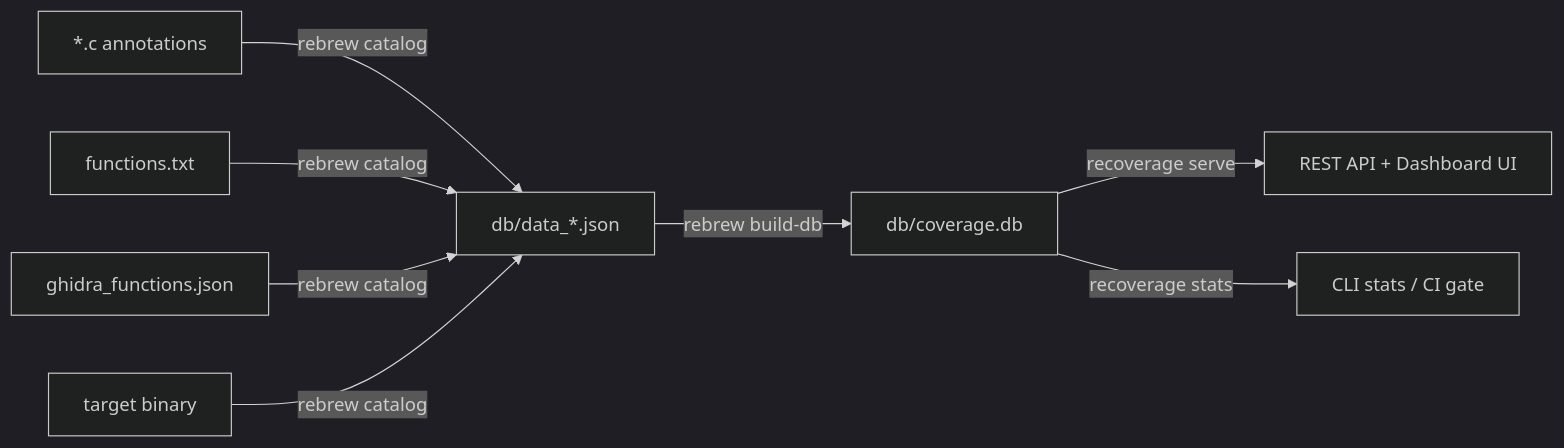
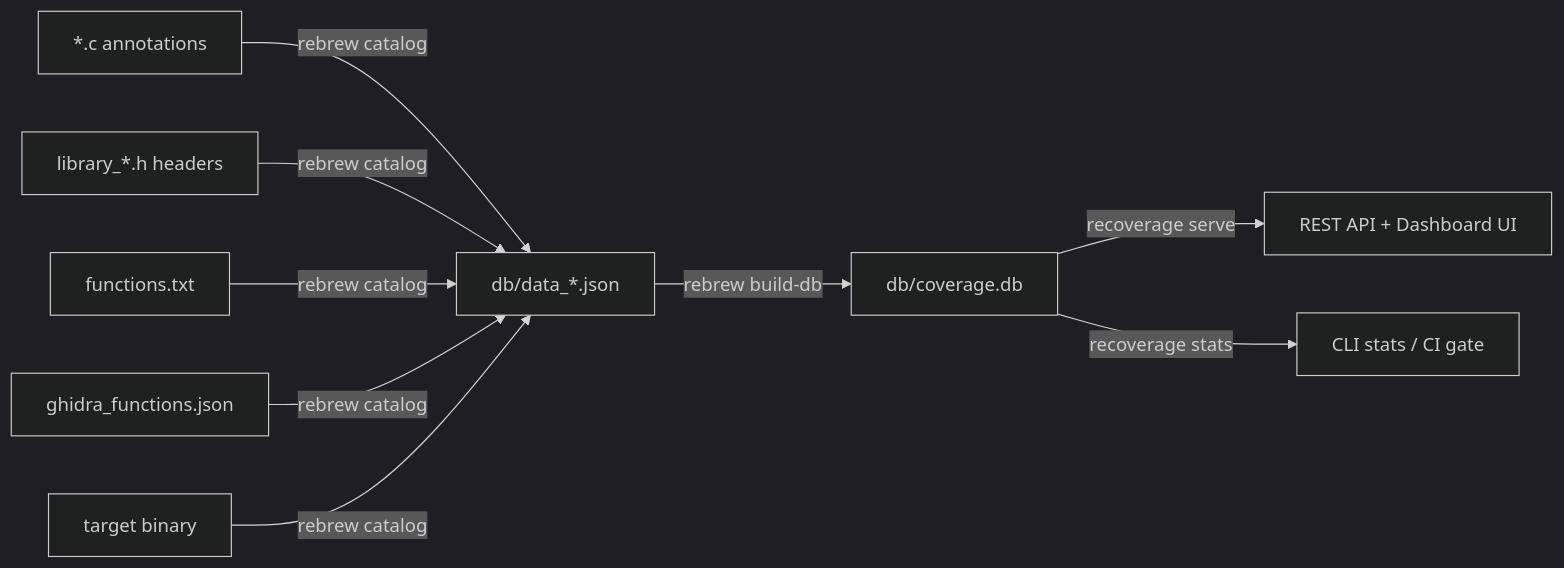
The diagram in docs/DB_FORMAT.md (maci0/rebrew), drawn with Mermaid (dark theme) before and after one commit. The commit also changed other lines of this file and 3 other files, not shown here.

First line of the commit message:
docs: update annotations, DB format, and catalog docs for CFLAGS and library header changes

````diff
--- a/docs/DB_FORMAT.md
+++ b/docs/DB_FORMAT.md
@@ -12,10 +12,11 @@
 ```mermaid
 flowchart LR
     A["*.c annotations"] -->|rebrew catalog| B["db/data_*.json"]
+    LH["library_*.h headers"] -->|rebrew catalog| B
     FL["functions.txt"] -->|rebrew catalog| B
     GH["ghidra_functions.json"] -->|rebrew catalog| B
     BIN["target binary"] -->|rebrew catalog| B
     B -->|rebrew build-db| C["db/coverage.db"]
     C -->|recoverage serve| D["REST API + Dashboard UI"]
     C -->|recoverage stats| E["CLI stats / CI gate"]
 ```
````
